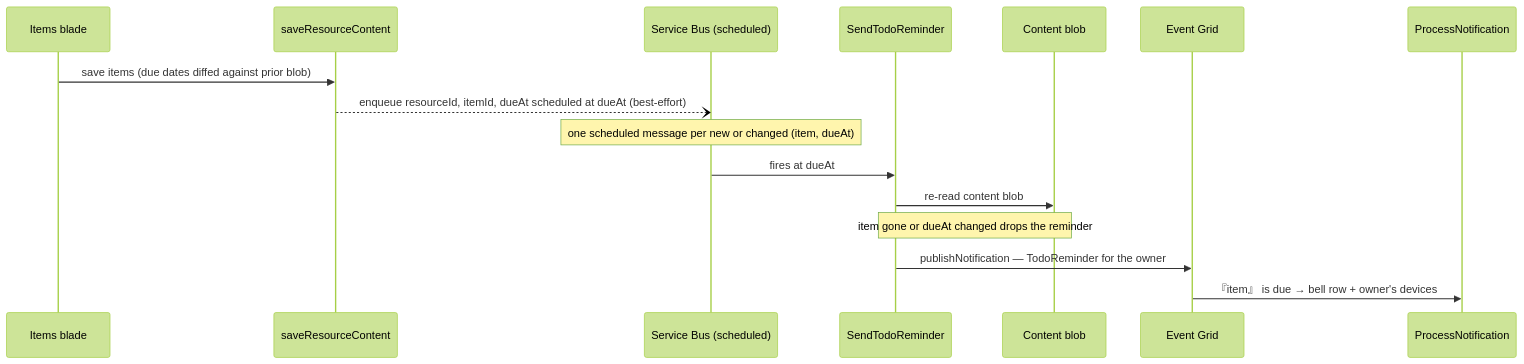
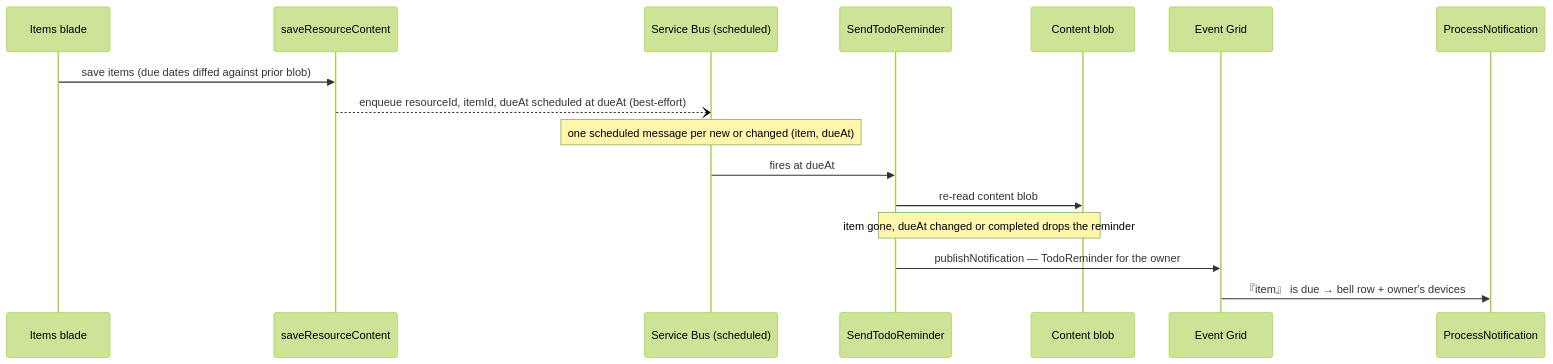
One commit to Esposter/Esposter changed the diagram in apps/web/content/docs/resource/todolist-due-reminders.md. Above: the diagram before and after it, drawn with Mermaid (forest theme). The commit also changed other lines of this file and 40 other files, not shown here.

````diff
--- a/apps/web/content/docs/resource/todolist-due-reminders.md
+++ b/apps/web/content/docs/resource/todolist-due-reminders.md
@@ -18,19 +18,19 @@
 ```mermaid
 sequenceDiagram
   participant E as Items blade
   participant S as saveResourceContent
   participant SB as Service Bus (scheduled)
   participant F as SendTodoReminder
   participant B as Content blob
   participant EG as Event Grid
   participant P as ProcessNotification
 
   E->>S: save items (due dates diffed against prior blob)
   S--)SB: enqueue resourceId, itemId, dueAt scheduled at dueAt (best-effort)
   Note over SB: one scheduled message per new or changed (item, dueAt)
   SB->>F: fires at dueAt
   F->>B: re-read content blob
-  Note over F,B: item gone or dueAt changed drops the reminder
+  Note over F,B: item gone, dueAt changed or completed drops the reminder
   F->>EG: publishNotification — TodoReminder for the owner
   EG->>P: 『item』 is due → bell row + owner's devices
 ```
````
